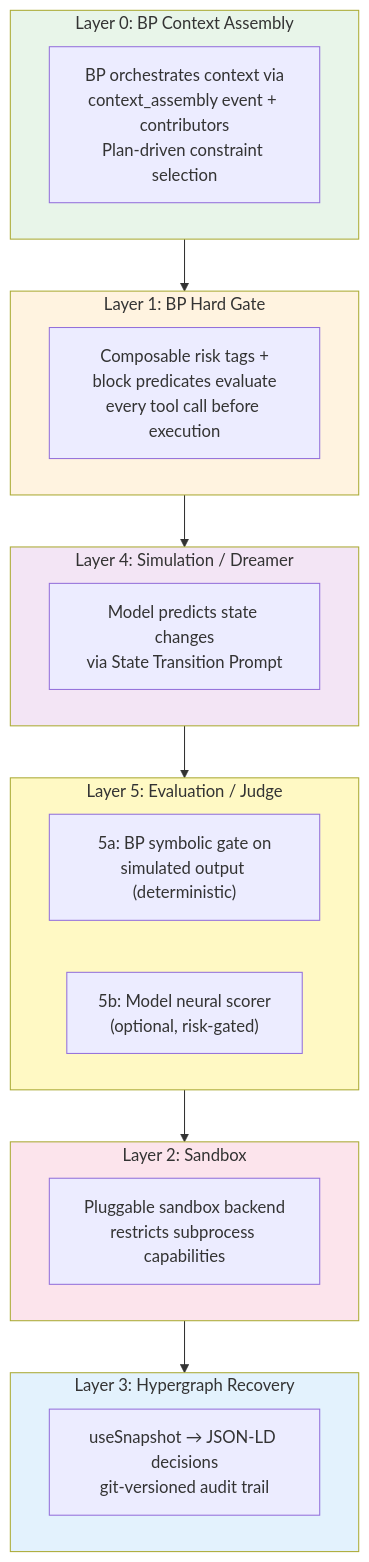
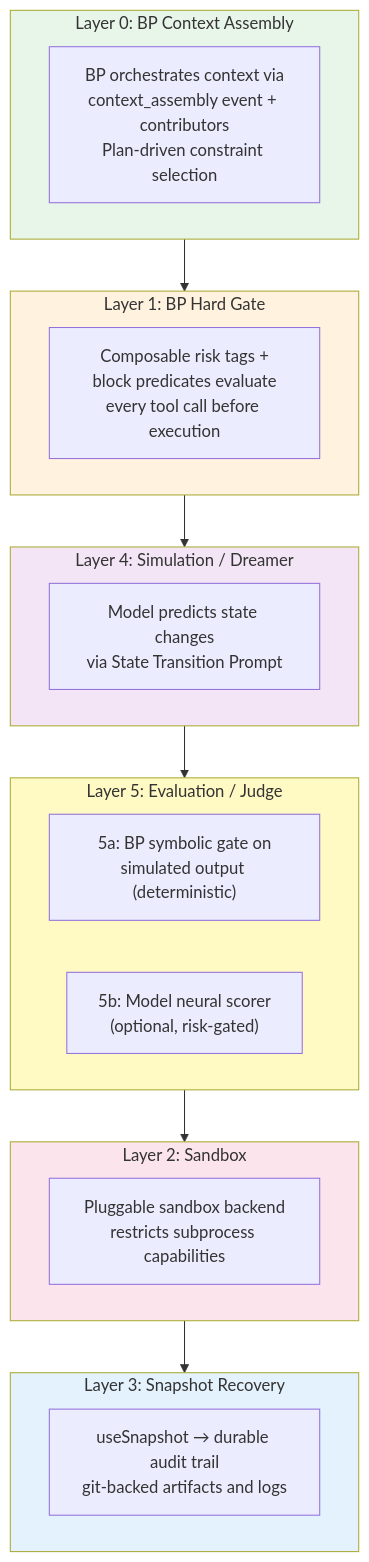
Before and after one commit to plaited/plaited: the diagram in docs/SAFETY.md, drawn with Mermaid. The commit also changed other lines of this file and 7 other files, not shown here.

````diff
--- a/docs/SAFETY.md
+++ b/docs/SAFETY.md
@@ -31,36 +33,36 @@
 ```mermaid
 graph TD
     subgraph L0["Layer 0: BP Context Assembly"]
         INJ["BP orchestrates context via<br/>context_assembly event + contributors<br/>Plan-driven constraint selection"]
     end
 
     subgraph L1["Layer 1: BP Hard Gate"]
         GATE["Composable risk tags +<br/>block predicates evaluate<br/>every tool call before execution"]
     end
 
     subgraph L4["Layer 4: Simulation / Dreamer"]
         SIM["Model predicts state changes<br/>via State Transition Prompt"]
     end
 
     subgraph L5["Layer 5: Evaluation / Judge"]
         L5A["5a: BP symbolic gate on<br/>simulated output (deterministic)"]
         L5B["5b: Model neural scorer<br/>(optional, risk-gated)"]
     end
 
     subgraph L2["Layer 2: Sandbox"]
         SB["Pluggable sandbox backend<br/>restricts subprocess capabilities"]
     end
 
-    subgraph L3["Layer 3: Hypergraph Recovery"]
-        GIT["useSnapshot → JSON-LD decisions<br/>git-versioned audit trail"]
+    subgraph L3["Layer 3: Snapshot Recovery"]
+        GIT["useSnapshot → durable audit trail<br/>git-backed artifacts and logs"]
     end
 
     L0 --> L1 --> L4 --> L5 --> L2 --> L3
 
     style L0 fill:#e8f5e9
     style L1 fill:#fff3e0
     style L4 fill:#f3e5f5
     style L5 fill:#fff9c4
     style L2 fill:#fce4ec
     style L3 fill:#e3f2fd
 ```
````
